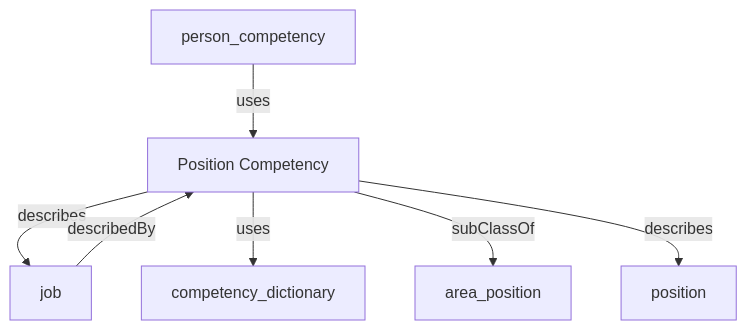
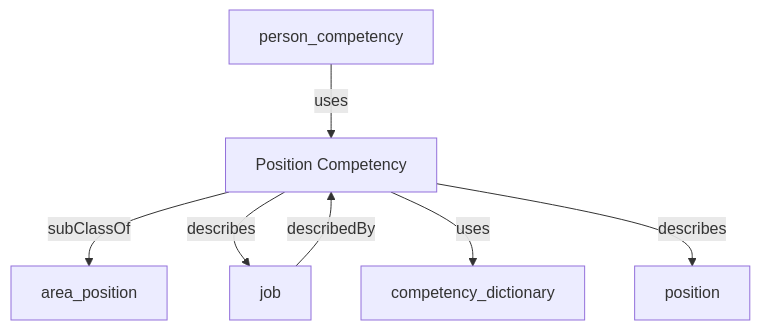
The diagram in content/hr_data_model/position_competency.md (heidingaway/heidi2), drawn with Mermaid before and after one commit. The commit also changed other lines of this file and 350 other files, not shown here.

````diff
--- a/content/hr_data_model/position_competency.md
+++ b/content/hr_data_model/position_competency.md
@@ -25,15 +26,15 @@
 ```mermaid
 graph TD
   Position_Competency["Position Competency"]:::current-page-node
   area_position["area_position"]
   job["job"]
   position["position"]
   competency_dictionary["competency_dictionary"]
   person_competency["person_competency"]
+  Position_Competency-->|" subClassOf "|area_position
+  person_competency-->|" uses "|Position_Competency
   Position_Competency-->|" describes "|job
   Position_Competency-->|" uses "|competency_dictionary
-  person_competency-->|" uses "|Position_Competency
-  Position_Competency-->|" subClassOf "|area_position
   job-->|" describedBy "|Position_Competency
   Position_Competency-->|" describes "|position
 ```
````
